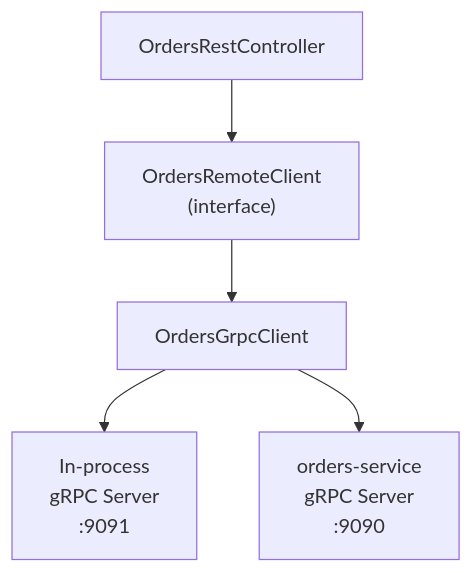
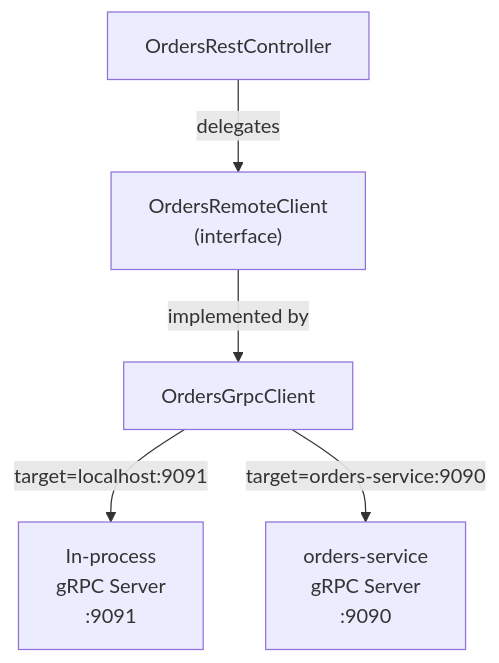
One commit to philipz/spring-modular-monolith changed the third of 6 diagrams in docs/deepwiki/Orders-Module.md. Above: the diagram before and after it, drawn with Mermaid. The commit also changed other lines of this file and 55 other files, not shown here.

````diff
--- a/docs/deepwiki/Orders-Module.md
+++ b/docs/deepwiki/Orders-Module.md
@@ -270,14 +270,14 @@
 ```mermaid
 flowchart TD
 
 RestController["OrdersRestController"]
 RemoteClient["OrdersRemoteClient<br>(interface)"]
 GrpcClient["OrdersGrpcClient"]
 LocalServer["In-process<br>gRPC Server<br>:9091"]
 ExternalService["orders-service<br>gRPC Server<br>:9090"]
 
-RestController --> RemoteClient
-RemoteClient --> GrpcClient
-GrpcClient --> LocalServer
-GrpcClient --> ExternalService
+RestController -->|"delegates"| RemoteClient
+RemoteClient -->|"implemented by"| GrpcClient
+GrpcClient -->|"target=localhost:9091"| LocalServer
+GrpcClient -->|"target=orders-service:9090"| ExternalService
 ```
````
